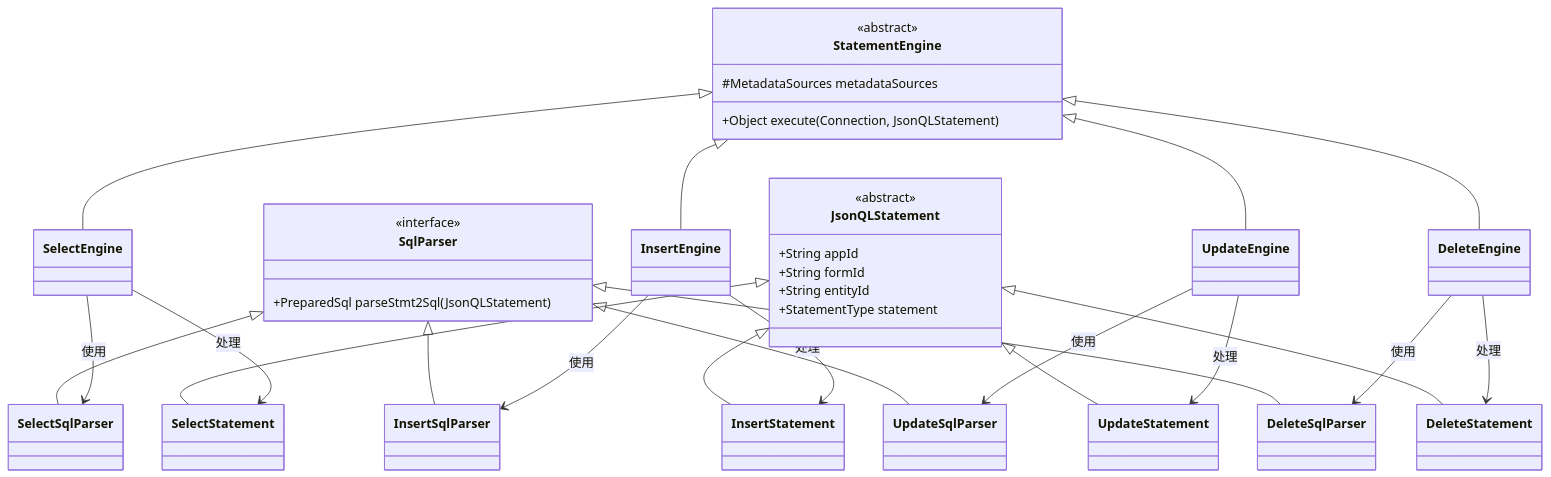
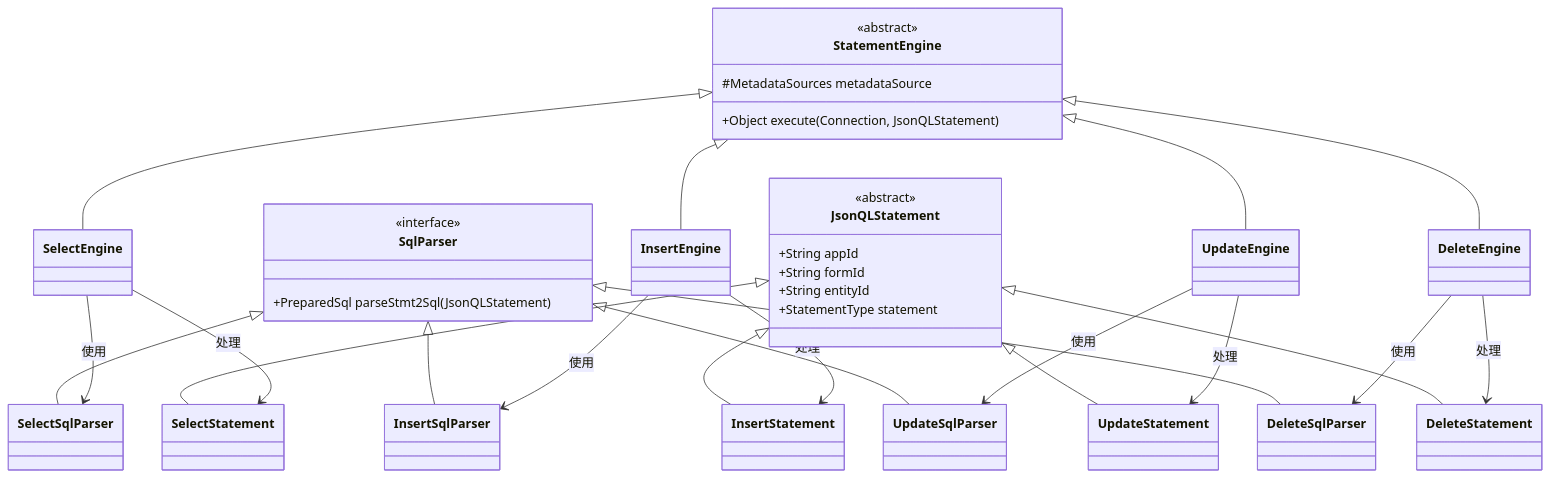
Before and after one commit to NeverWaitLight/simple-jsonql: the second of 9 diagrams in docs/design.md, drawn with Mermaid. The commit also changed 36 other files, not shown here.

Commit message:
重构元数据管理，替换MetadataSources为MetadataSource，更新相关类以支持新的元数据构建逻辑，删除EntityMetadataBuilder类并引入LocalClassMetadataBuilder和JsonMetadataBuilder，优化代码结构以提高可读性和可维护性。

````diff
--- a/docs/design.md
+++ b/docs/design.md
@@ -64,51 +64,51 @@
 ```mermaid
 classDiagram
     %% 定义关键抽象类和接口
     class JsonQLStatement {
         <<abstract>>
         +String appId
         +String formId
         +String entityId
         +StatementType statement
     }
 
     class StatementEngine {
         <<abstract>>
-        #MetadataSources metadataSources
+        #MetadataSources metadataSource
         +Object execute(Connection, JsonQLStatement)
     }
 
     class SqlParser {
         <<interface>>
         +PreparedSql parseStmt2Sql(JsonQLStatement)
     }
 
     %% 定义继承关系，按逻辑分组排列
     JsonQLStatement <|-- SelectStatement
     JsonQLStatement <|-- InsertStatement
     JsonQLStatement <|-- UpdateStatement
     JsonQLStatement <|-- DeleteStatement
 
     StatementEngine <|-- SelectEngine
     StatementEngine <|-- InsertEngine
     StatementEngine <|-- UpdateEngine
     StatementEngine <|-- DeleteEngine
 
     SqlParser <|-- SelectSqlParser
     SqlParser <|-- InsertSqlParser
     SqlParser <|-- UpdateSqlParser
     SqlParser <|-- DeleteSqlParser
 
     %% 定义关联关系，调整顺序减少交叉
     SelectEngine --> SelectSqlParser : 使用
     SelectEngine --> SelectStatement : 处理
 
     InsertEngine --> InsertSqlParser : 使用
     InsertEngine --> InsertStatement : 处理
 
     UpdateEngine --> UpdateSqlParser : 使用
     UpdateEngine --> UpdateStatement : 处理
 
     DeleteEngine --> DeleteSqlParser : 使用
     DeleteEngine --> DeleteStatement : 处理
 ```
````
